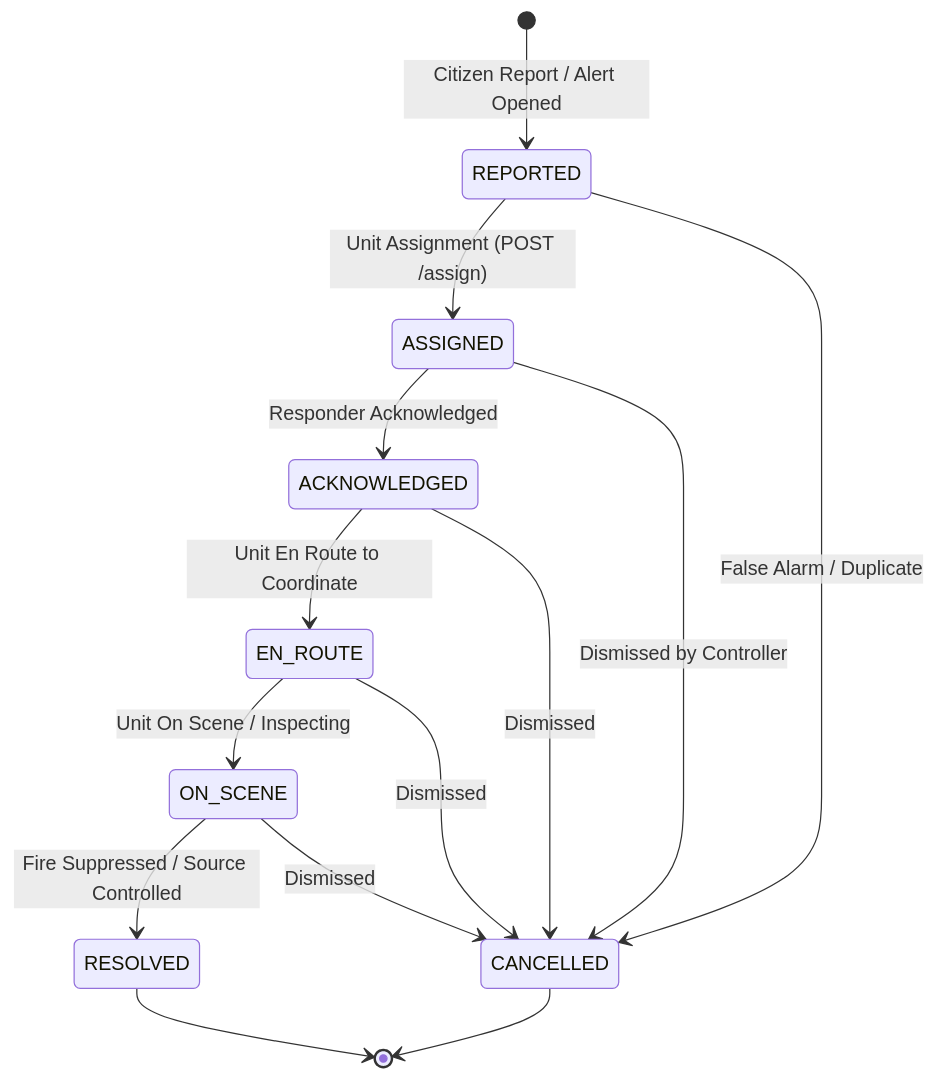
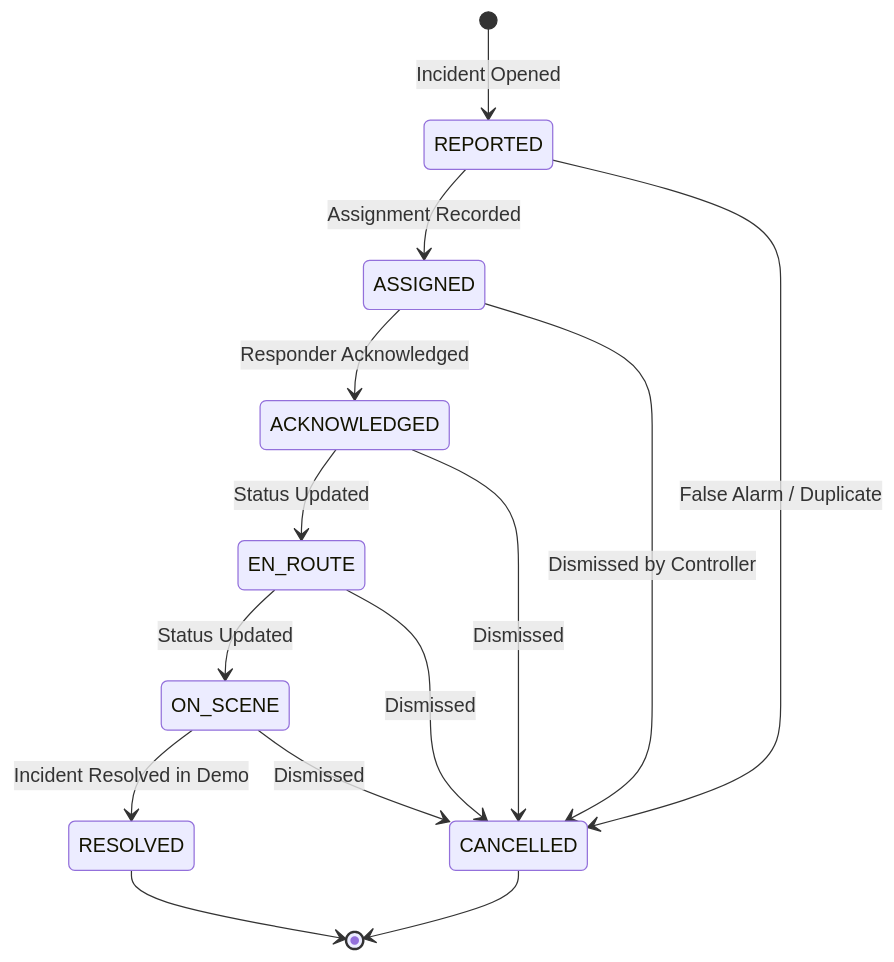
Before and after one commit to Hima-11-works/gdg-c4c: the diagram in partner_apps/fire_dept_simulator/README.md, drawn with Mermaid. The commit also changed other lines of this file and 6 other files, not shown here.

````diff
--- a/partner_apps/fire_dept_simulator/README.md
+++ b/partner_apps/fire_dept_simulator/README.md
@@ -16,18 +16,18 @@
 ```mermaid
 stateDiagram-v2
-    [*] --> REPORTED: Citizen Report / Alert Opened
-    REPORTED --> ASSIGNED: Unit Assignment (POST /assign)
+    [*] --> REPORTED: Incident Opened
+    REPORTED --> ASSIGNED: Assignment Recorded
     ASSIGNED --> ACKNOWLEDGED: Responder Acknowledged
-    ACKNOWLEDGED --> EN_ROUTE: Unit En Route to Coordinate
-    EN_ROUTE --> ON_SCENE: Unit On Scene / Inspecting
-    ON_SCENE --> RESOLVED: Fire Suppressed / Source Controlled
+    ACKNOWLEDGED --> EN_ROUTE: Status Updated
+    EN_ROUTE --> ON_SCENE: Status Updated
+    ON_SCENE --> RESOLVED: Incident Resolved in Demo
     
     REPORTED --> CANCELLED: False Alarm / Duplicate
     ASSIGNED --> CANCELLED: Dismissed by Controller
     ACKNOWLEDGED --> CANCELLED: Dismissed
     EN_ROUTE --> CANCELLED: Dismissed
     ON_SCENE --> CANCELLED: Dismissed
     
     RESOLVED --> [*]
     CANCELLED --> [*]
 ```
````
